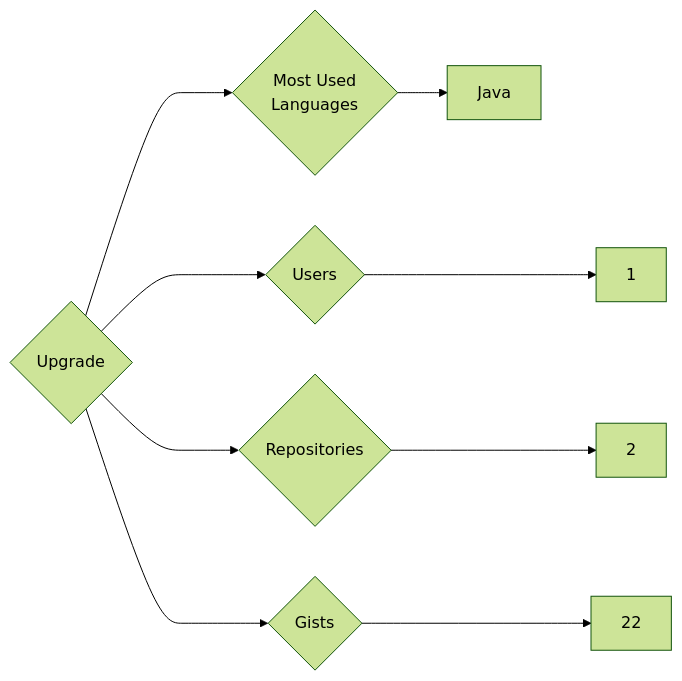
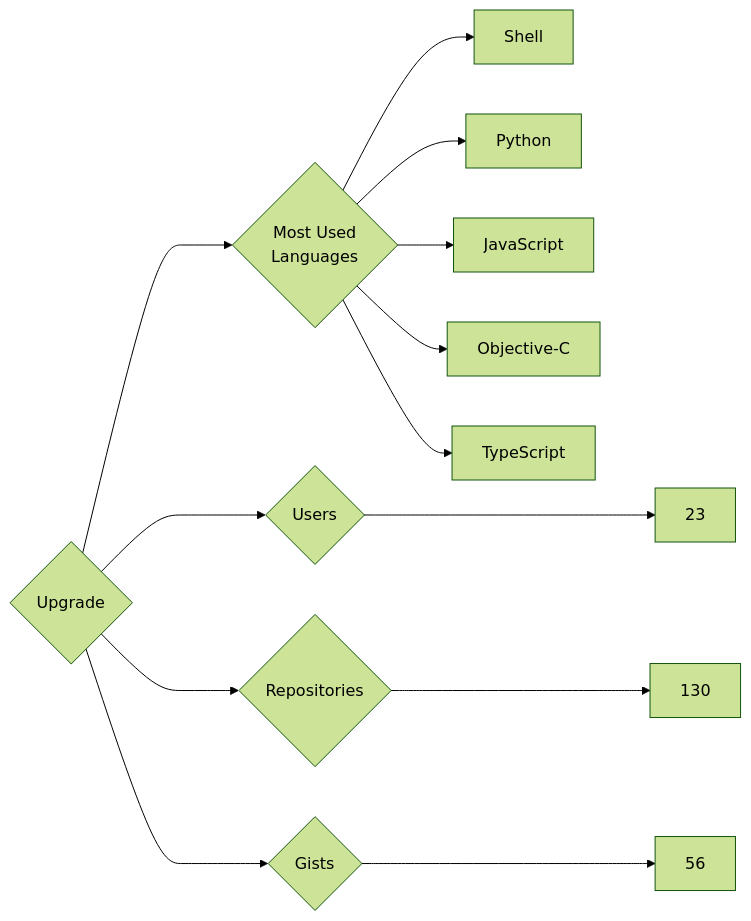
Before and after one commit to trickest/insiders: the diagram in targets/Upgrade/README.md, drawn with Mermaid (forest theme). The commit also changed 928 other files, not shown here.

````diff
--- a/targets/Upgrade/README.md
+++ b/targets/Upgrade/README.md
@@ -3,9 +3,13 @@
 ```mermaid
 graph LR
 COMPANY_NAME{Upgrade}
-COMPANY_NAME ---> U{Users} ---> UN[1]
-COMPANY_NAME ---> R{Repositories} ---> RN[2]
-COMPANY_NAME ---> G{Gists} ---> GN[22]
+COMPANY_NAME ---> U{Users} ---> UN[23]
+COMPANY_NAME ---> R{Repositories} ---> RN[130]
+COMPANY_NAME ---> G{Gists} ---> GN[56]
 COMPANY_NAME ---> ML{Most Used<br>Languages}
-ML --> Java[Java]
+ML --> Shell[Shell]
+ML --> Python[Python]
+ML --> JavaScript[JavaScript]
+ML --> Objective-C[Objective-C]
+ML --> TypeScript[TypeScript]
 ```
````
